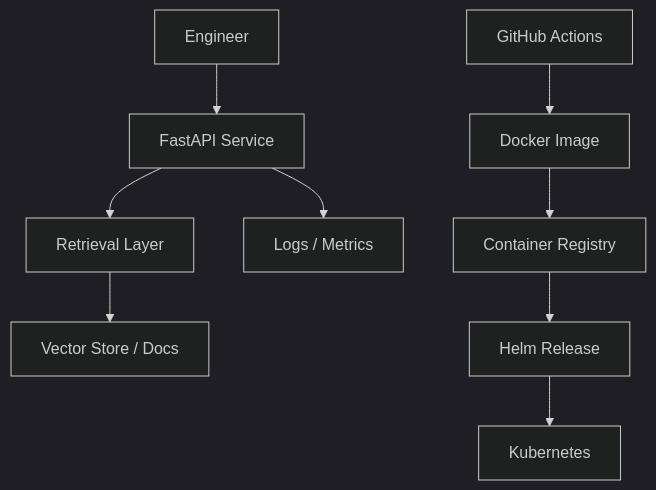
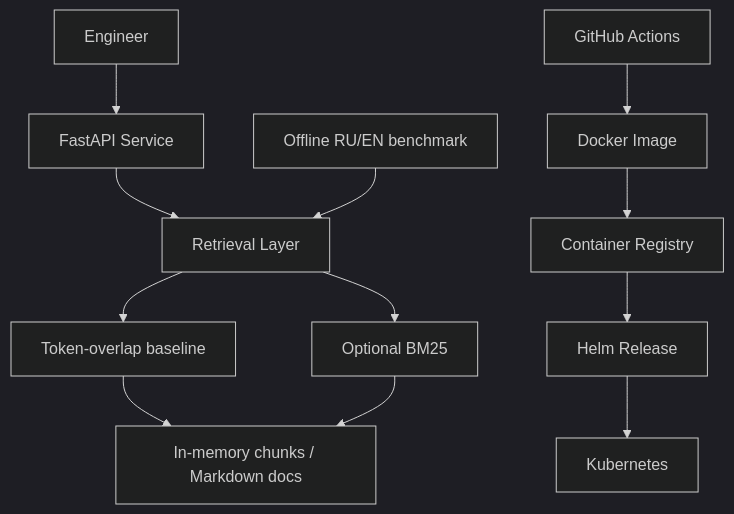
The diagram in docs/architecture.md (artsiomrudenia/infrastructure-rag), drawn with Mermaid (dark theme) before and after one commit. The commit also changed other lines of this file and 19 other files, not shown here.

````diff
--- a/docs/architecture.md
+++ b/docs/architecture.md
@@ -3,11 +3,14 @@
 ```mermaid
 flowchart TB
     User[Engineer] --> Api[FastAPI Service]
     Api --> Retriever[Retrieval Layer]
-    Retriever --> Store[Vector Store / Docs]
-    Api --> Telemetry[Logs / Metrics]
+    Retriever --> Baseline[Token-overlap baseline]
+    Retriever --> BM25[Optional BM25]
+    Baseline --> Store[In-memory chunks / Markdown docs]
+    BM25 --> Store
+    Eval[Offline RU/EN benchmark] --> Retriever
     CI[GitHub Actions] --> Image[Docker Image]
     Image --> Registry[Container Registry]
     Registry --> Helm[Helm Release]
     Helm --> K8s[Kubernetes]
 ```
````
